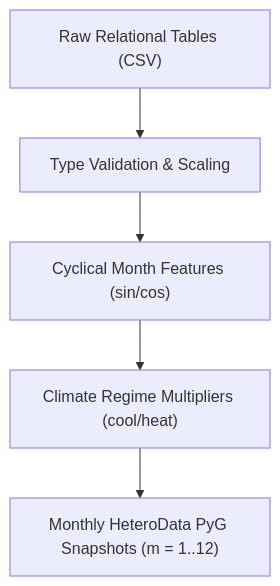
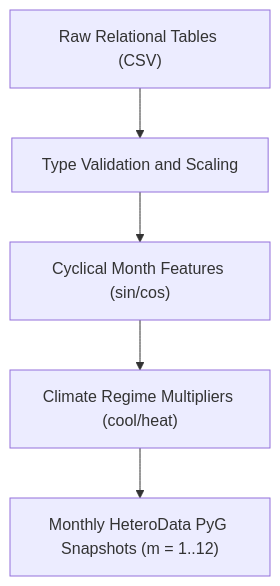
Before and after one commit to AnimeshBasak-14/SmartHVAC: the first of 2 diagrams in docs/DATASET_GUIDE_WHAT_WHY_HOW_WHERE.md, drawn with Mermaid. The commit also changed other lines of this file and 51 other files, not shown here.

````diff
--- a/docs/DATASET_GUIDE_WHAT_WHY_HOW_WHERE.md
+++ b/docs/DATASET_GUIDE_WHAT_WHY_HOW_WHERE.md
@@ -91,7 +91,7 @@
 ```mermaid
 flowchart TD
-    Raw["Raw Relational Tables (CSV)"] --> Clean["Type Validation & Scaling"]
+    Raw["Raw Relational Tables (CSV)"] --> Clean["Type Validation and Scaling"]
     Clean --> MonthCycle["Cyclical Month Features (sin/cos)"]
     MonthCycle --> ClimateRegime["Climate Regime Multipliers (cool/heat)"]
     ClimateRegime --> HeteroData["Monthly HeteroData PyG Snapshots (m = 1..12)"]
 ```
````
